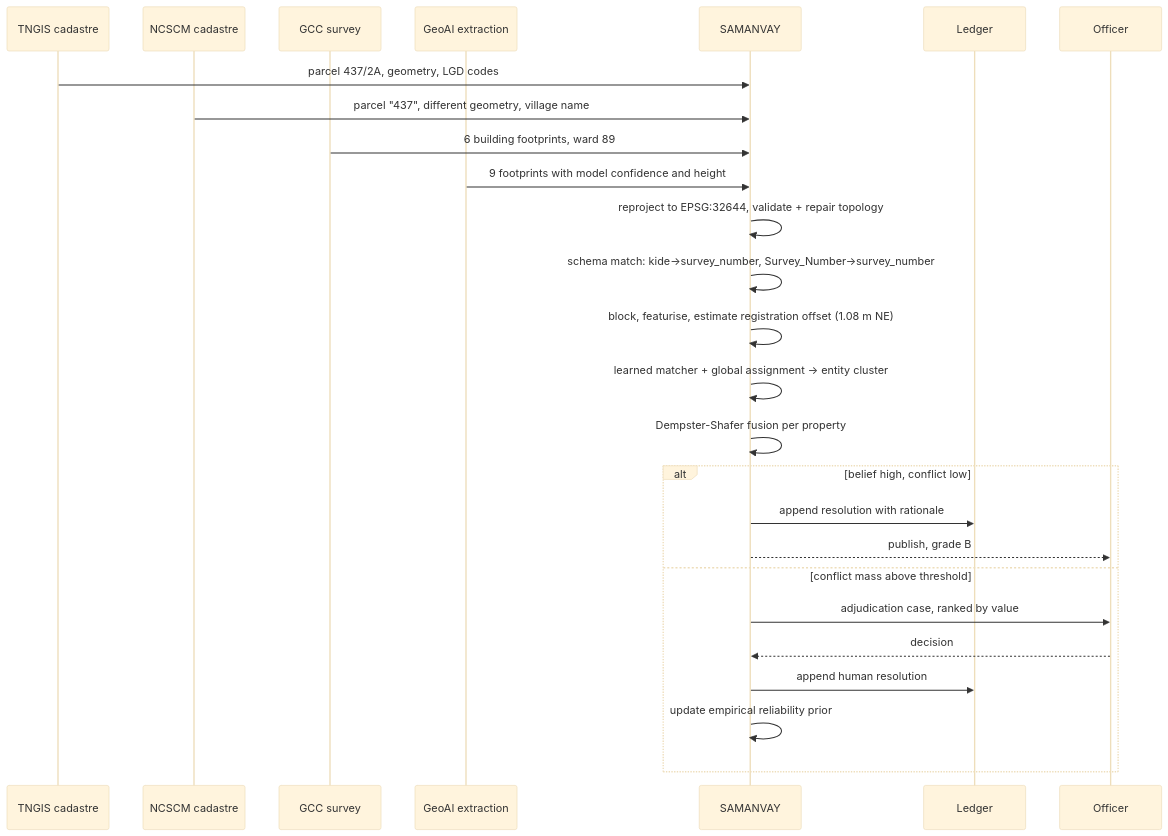
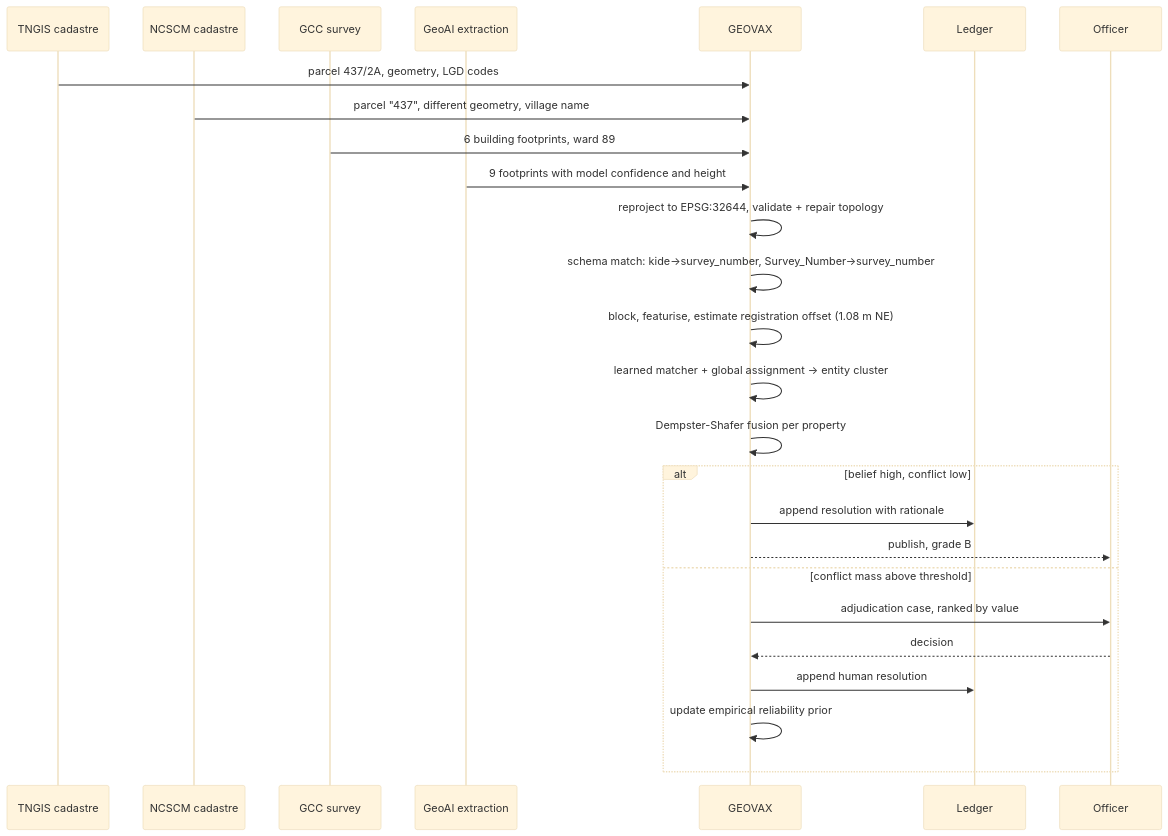
The second of 3 diagrams in samanvay/docs/01-architecture.md (sid-vj/GeovaX), drawn with Mermaid (base theme) before and after one commit. The commit also changed other lines of this file and 20 other files, not shown here.

````diff
--- a/samanvay/docs/01-architecture.md
+++ b/samanvay/docs/01-architecture.md
@@ -112,30 +112,30 @@
 ```mermaid
 sequenceDiagram
     participant TN as TNGIS cadastre
     participant NC as NCSCM cadastre
     participant GCC as GCC survey
     participant AI as GeoAI extraction
-    participant P as SAMANVAY
+    participant P as GEOVAX
     participant L as Ledger
     participant O as Officer
 
     TN->>P: parcel 437/2A, geometry, LGD codes
     NC->>P: parcel "437", different geometry, village name
     GCC->>P: 6 building footprints, ward 89
     AI->>P: 9 footprints with model confidence and height
 
     P->>P: reproject to EPSG:32644, validate + repair topology
     P->>P: schema match: kide→survey_number, Survey_Number→survey_number
     P->>P: block, featurise, estimate registration offset (1.08 m NE)
     P->>P: learned matcher + global assignment → entity cluster
     P->>P: Dempster-Shafer fusion per property
     alt belief high, conflict low
         P->>L: append resolution with rationale
         P-->>O: publish, grade B
     else conflict mass above threshold
         P->>O: adjudication case, ranked by value
         O-->>P: decision
         P->>L: append human resolution
         P->>P: update empirical reliability prior
     end
 ```
````
